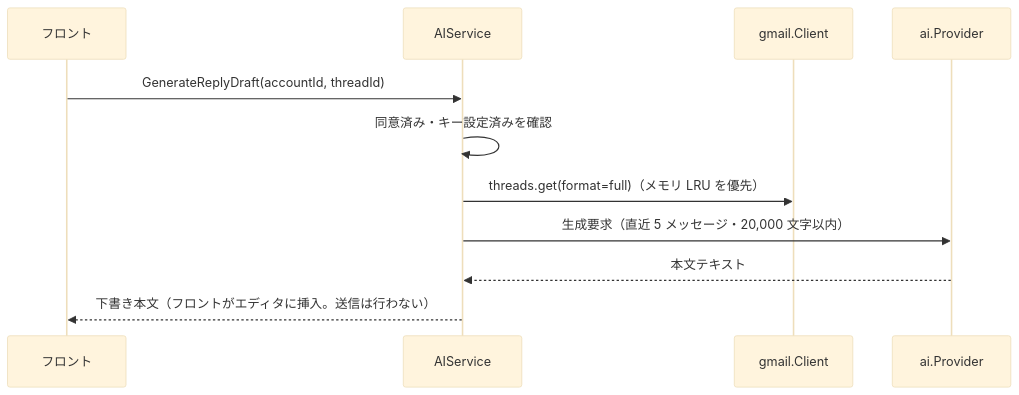
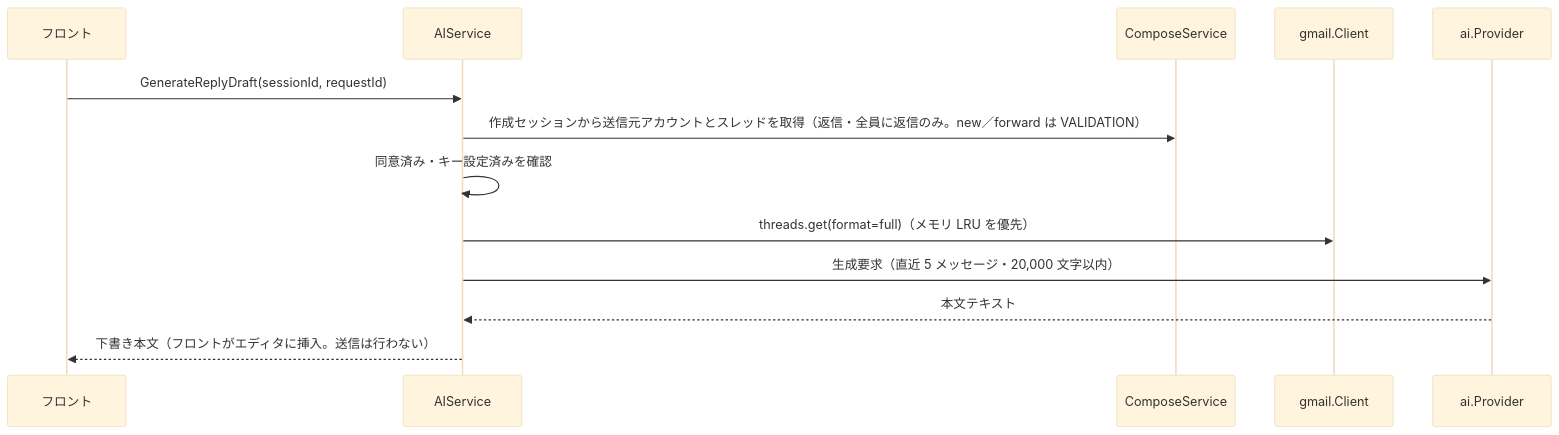
The fifth of 5 diagrams in docs/architecture/overview.md (ousiassllc/hitomado), drawn with Mermaid (base theme) before and after one commit. The commit also changed other lines of this file, not shown here.

Commit message:
docs: アーキテクチャ設計 §7.4 の AI 下書きシーケンスを (sessionId, requestId) に直す (#67)

````diff
--- a/docs/architecture/overview.md
+++ b/docs/architecture/overview.md
@@ -235,13 +235,15 @@
 ```mermaid
 sequenceDiagram
   participant FE as フロント
   participant AI as AIService
+  participant CS as ComposeService
   participant GM as gmail.Client
   participant PV as ai.Provider
-  FE->>AI: GenerateReplyDraft(accountId, threadId)
+  FE->>AI: GenerateReplyDraft(sessionId, requestId)
+  AI->>CS: 作成セッションから送信元アカウントとスレッドを取得（返信・全員に返信のみ。new／forward は VALIDATION）
   AI->>AI: 同意済み・キー設定済みを確認
   AI->>GM: threads.get(format=full)（メモリ LRU を優先）
   AI->>PV: 生成要求（直近 5 メッセージ・20,000 文字以内）
   PV-->>AI: 本文テキスト
   AI-->>FE: 下書き本文（フロントがエディタに挿入。送信は行わない）
 ```
````
